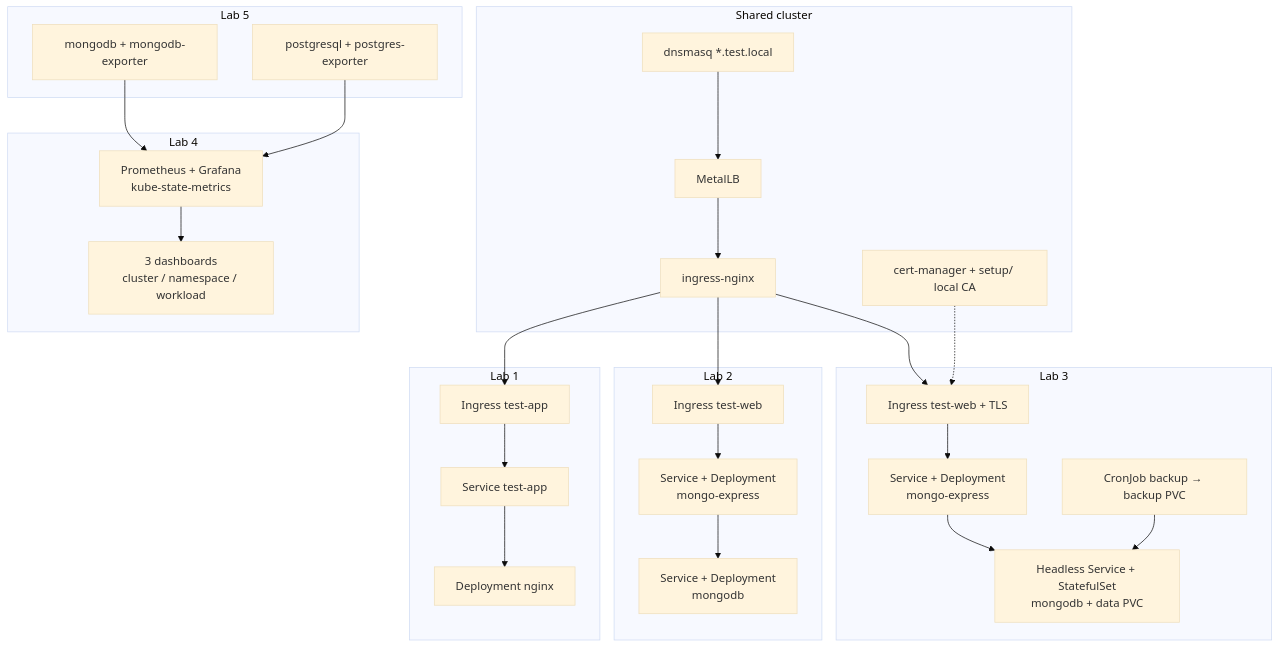
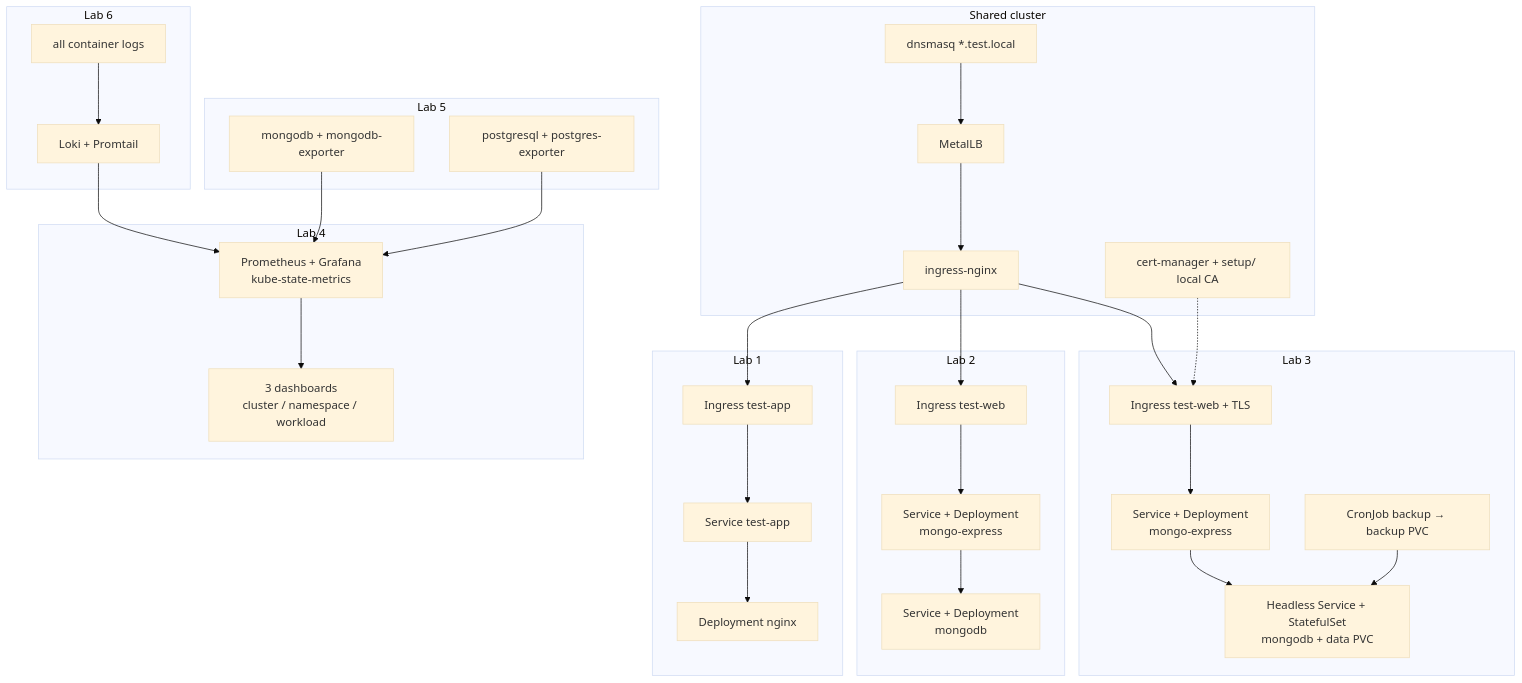
The diagram in README.md (youssefshibl/k8s-labs), drawn with Mermaid (base theme) before and after one commit. The commit also changed other lines of this file and 8 other files, not shown here.

First line of the commit message:
Add Lab 6 for container log management with Loki and Promtail

````diff
--- a/README.md
+++ b/README.md
@@ -15,51 +16,57 @@
 ```mermaid
 flowchart TB
   subgraph shared [Shared cluster]
     DNS["dnsmasq *.test.local"]
     LB["MetalLB"]
     IC["ingress-nginx"]
     CM["cert-manager + setup/ local CA"]
   end
 
   subgraph lab1 [Lab 1]
     L1Ing["Ingress test-app"]
     L1Svc["Service test-app"]
     L1Dep["Deployment nginx"]
     L1Ing --> L1Svc --> L1Dep
   end
 
   subgraph lab2 [Lab 2]
     L2Ing["Ingress test-web"]
     L2Web["Service + Deployment<br/>mongo-express"]
     L2Db["Service + Deployment<br/>mongodb"]
     L2Ing --> L2Web --> L2Db
   end
 
   subgraph lab3 [Lab 3]
     L3Ing["Ingress test-web + TLS"]
     L3Web["Service + Deployment<br/>mongo-express"]
     L3Db["Headless Service + StatefulSet<br/>mongodb + data PVC"]
     L3Cron["CronJob backup → backup PVC"]
     L3Ing --> L3Web --> L3Db
     L3Cron --> L3Db
   end
 
   subgraph lab4 [Lab 4]
     Prom["Prometheus + Grafana<br/>kube-state-metrics"]
     Boards["3 dashboards<br/>cluster / namespace / workload"]
     Prom --> Boards
   end
 
   subgraph lab5 [Lab 5]
     L5Mongo["mongodb + mongodb-exporter"]
     L5PG["postgresql + postgres-exporter"]
     L5Mongo --> Prom
     L5PG --> Prom
   end
 
+  subgraph lab6 [Lab 6]
+    Loki["Loki + Promtail"]
+    Logs["all container logs"]
+    Logs --> Loki --> Prom
+  end
+
   DNS --> LB --> IC
   IC --> L1Ing
   IC --> L2Ing
   IC --> L3Ing
   CM -.-> L3Ing
 ```
````
